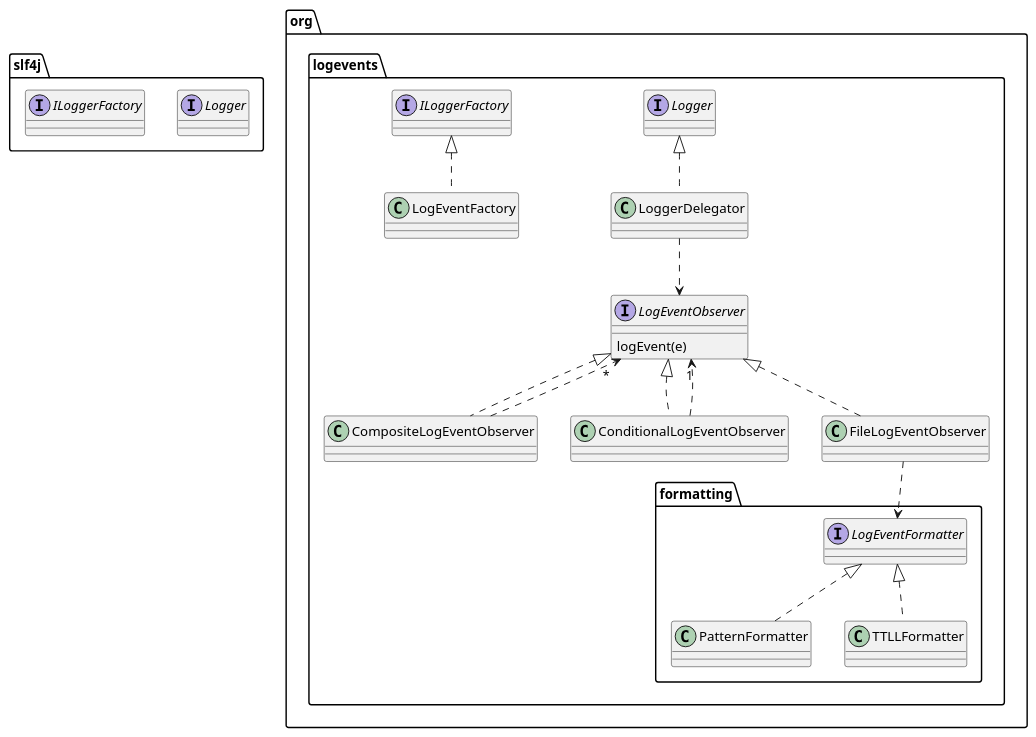
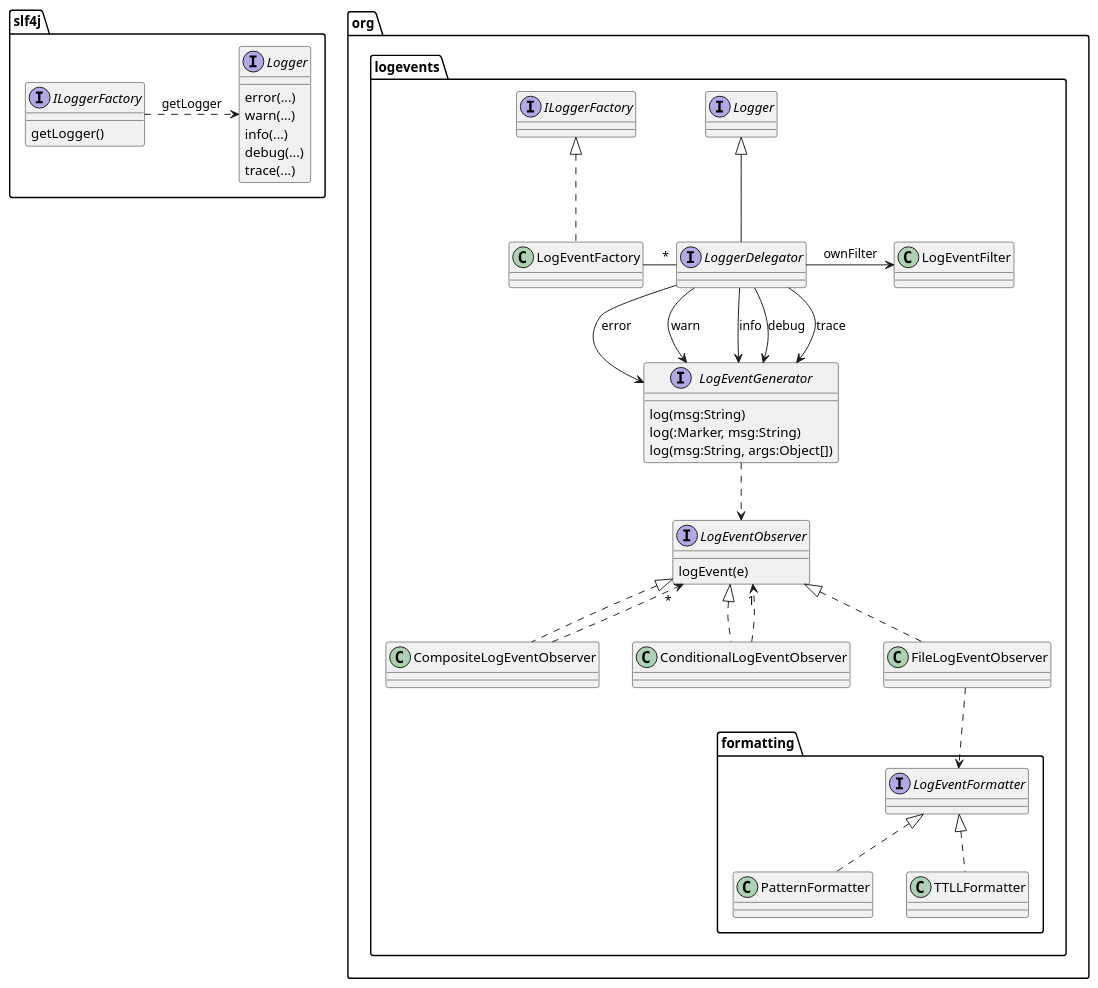
The diagram in doc/classes-simple.puml (jhannes/logevents), drawn with PlantUML before and after one commit. The commit also changed 753 other files, not shown here.

```diff
--- a/doc/classes-simple.puml
+++ b/doc/classes-simple.puml
@@ -1,35 +1,59 @@
 @startuml
 
 package "slf4j" {
-  interface Logger
-  interface ILoggerFactory
+  interface ILoggerFactory {
+    getLogger()
+  }
+  interface Logger {
+    error(...)
+    warn(...)
+    info(...)
+    debug(...)
+    trace(...)
+  }
+  ILoggerFactory .right.> Logger: getLogger
 }
 
 package "org.logevents" {
 
-	class LoggerDelegator implements Logger
-	
+	interface LoggerDelegator extends Logger
+    class LogEventFilter
+    LoggerDelegator -right-> LogEventFilter: ownFilter
+
 	class LogEventFactory implements ILoggerFactory
-		
+
+	LogEventFactory -right- "*" LoggerDelegator
+
+	interface LogEventGenerator {
+	    log(msg:String)
+	    log(:Marker, msg:String)
+	    log(msg:String, args:Object[])
+	}
+	LoggerDelegator --> LogEventGenerator: error
+	LoggerDelegator --> LogEventGenerator: warn
+	LoggerDelegator --> LogEventGenerator: info
+	LoggerDelegator --> LogEventGenerator: debug
+	LoggerDelegator --> LogEventGenerator: trace
+
 	interface LogEventObserver {
 	  logEvent(e)
 	}
-	LoggerDelegator ..> LogEventObserver
-	
+	LogEventGenerator ..> LogEventObserver
+
 	class CompositeLogEventObserver implements LogEventObserver
 	class ConditionalLogEventObserver implements LogEventObserver
 	class FileLogEventObserver implements LogEventObserver
 	CompositeLogEventObserver ..> "*" LogEventObserver
 	ConditionalLogEventObserver ..> "1" LogEventObserver
-	
-	
+
+
 	package "formatting" {
 		interface LogEventFormatter
 		FileLogEventObserver ..> LogEventFormatter
 		class PatternFormatter implements LogEventFormatter
         class TTLLFormatter implements LogEventFormatter
 	}
-	
+
 }
-	
+
 @enduml
```
